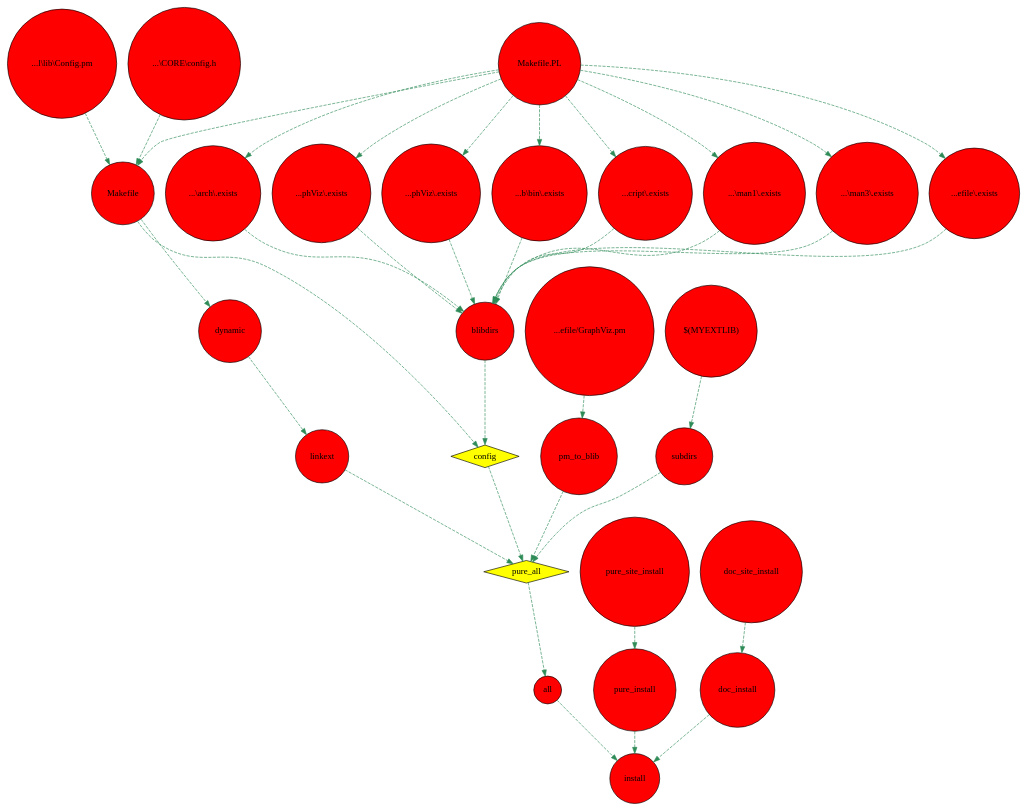
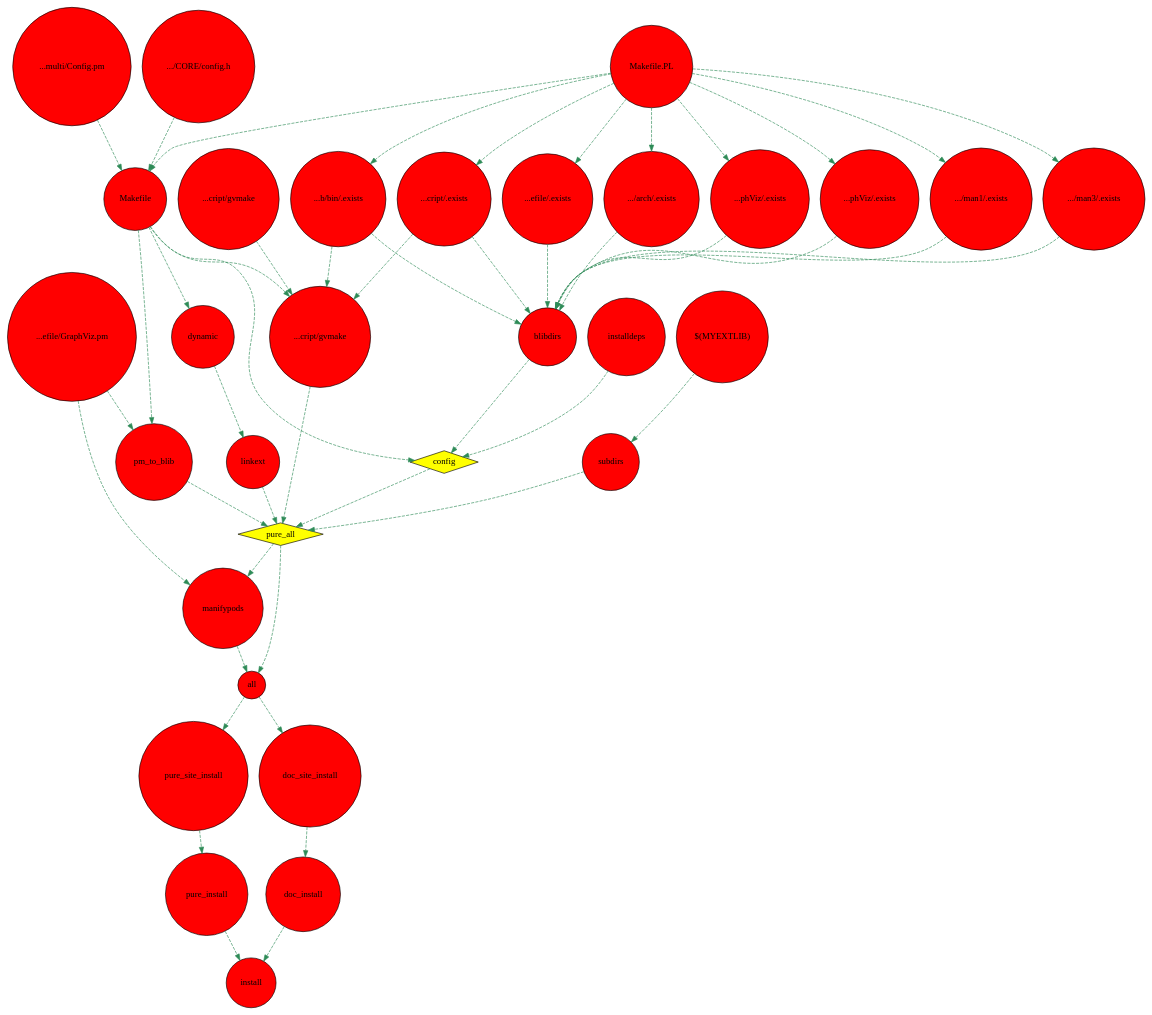
The diagram in t/~install2.dot (gitpan/Makefile-GraphViz), drawn with Graphviz before and after one commit. The commit also changed 26 other files, not shown here.

First line of the commit message:
Import of AGENT/Makefile-GraphViz-0.19 from CPAN.

```diff
--- a/t/~install2.dot
+++ b/t/~install2.dot
@@ -1,67 +1,82 @@
 digraph test {
 	graph [ratio=auto];
 	node [label="\N", fillcolor=red, shape=circle, style=filled];
 	edge [color=seagreen, style=dashed];
 	install [label=install];
+	pure_install [label=pure_install];
+	pure_site_install [label=pure_site_install];
 	all [label=all];
 	pure_all [label=pure_all, fillcolor=yellow, shape=diamond];
 	config [label=config, fillcolor=yellow, shape=diamond];
 	Makefile [label=Makefile];
 	node1 [label="Makefile.PL"];
-	node2 [label="...l\\lib\\Config.pm"];
-	node3 [label="...\\CORE\\config.h"];
+	node2 [label="...multi/Config.pm"];
+	node3 [label=".../CORE/config.h"];
 	blibdirs [label=blibdirs];
-	node4 [label="...efile\\.exists"];
-	node5 [label="...\\arch\\.exists"];
-	node6 [label="...phViz\\.exists"];
-	node7 [label="...phViz\\.exists"];
-	node8 [label="...b\\bin\\.exists"];
-	node9 [label="...cript\\.exists"];
-	node10 [label="...\\man1\\.exists"];
-	node11 [label="...\\man3\\.exists"];
+	node4 [label="...efile/.exists"];
+	node5 [label=".../arch/.exists"];
+	node6 [label="...phViz/.exists"];
+	node7 [label="...phViz/.exists"];
+	node8 [label="...b/bin/.exists"];
+	node9 [label="...cript/.exists"];
+	node10 [label=".../man1/.exists"];
+	node11 [label=".../man3/.exists"];
+	installdeps [label=installdeps];
 	pm_to_blib [label=pm_to_blib];
 	node12 [label="...efile/GraphViz.pm"];
 	subdirs [label=subdirs];
 	node13 [label="$(MYEXTLIB)"];
 	linkext [label=linkext];
 	dynamic [label=dynamic];
-	pure_install [label=pure_install];
-	pure_site_install [label=pure_site_install];
+	node14 [label="...cript/gvmake"];
+	node15 [label="...cript/gvmake"];
+	manifypods [label=manifypods];
 	doc_install [label=doc_install];
 	doc_site_install [label=doc_site_install];
 	node13 -> subdirs;
 	node3 -> Makefile;
 	node2 -> Makefile;
+	Makefile -> node14;
 	Makefile -> config;
 	Makefile -> dynamic;
+	Makefile -> pm_to_blib;
 	node1 -> Makefile;
 	node1 -> node5;
 	node1 -> node7;
 	node1 -> node8;
 	node1 -> node4;
 	node1 -> node6;
 	node1 -> node10;
 	node1 -> node11;
 	node1 -> node9;
-	all -> install;
+	all -> doc_site_install;
+	all -> pure_site_install;
 	node5 -> blibdirs;
 	node7 -> blibdirs;
+	node8 -> node14;
 	node8 -> blibdirs;
 	node4 -> blibdirs;
 	node6 -> blibdirs;
 	node10 -> blibdirs;
 	node11 -> blibdirs;
+	node9 -> node14;
 	node9 -> blibdirs;
+	node14 -> pure_all;
 	blibdirs -> config;
 	config -> pure_all;
 	doc_install -> install;
 	doc_site_install -> doc_install;
 	dynamic -> linkext;
+	installdeps -> config;
+	node12 -> manifypods;
 	node12 -> pm_to_blib;
 	linkext -> pure_all;
+	manifypods -> all;
 	pm_to_blib -> pure_all;
 	pure_all -> all;
+	pure_all -> manifypods;
 	pure_install -> install;
 	pure_site_install -> pure_install;
+	node15 -> node14;
 	subdirs -> pure_all;
 }
```
